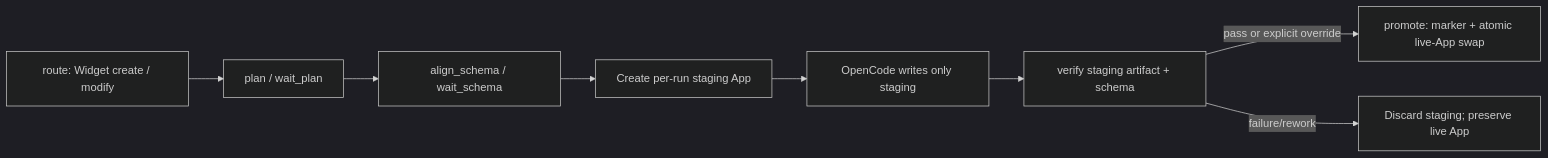
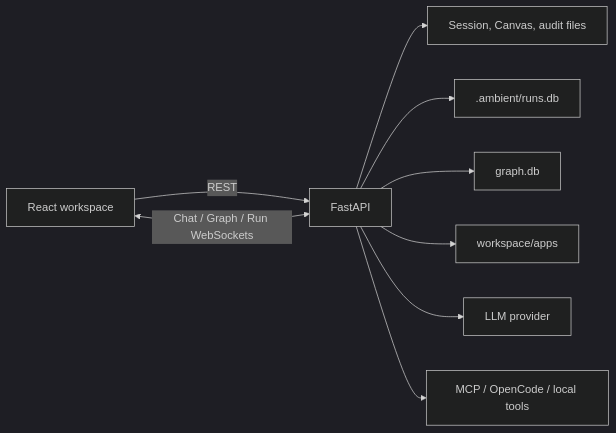
Before and after one commit to BillShiyaoZhang/ambient-agent: the diagram in docs/en/architecture/overview.md, drawn with Mermaid (dark theme). The commit also changed other lines of this file and 36 other files, not shown here.

````diff
--- a/docs/en/architecture/overview.md
+++ b/docs/en/architecture/overview.md
@@ -96,10 +5,11 @@
 ```mermaid
 flowchart LR
-    Intent[route: Widget create / modify] --> Plan[plan / wait_plan]
-    Plan --> Schema[align_schema / wait_schema]
-    Schema --> Stage[Create per-run staging App]
-    Stage --> ACP[OpenCode writes only staging]
-    ACP --> Verify[verify staging artifact + schema]
-    Verify -->|pass or explicit override| Promote[promote: marker + atomic live-App swap]
-    Verify -->|failure/rework| Preserve[Discard staging; preserve live App]
+    Browser[React workspace] -->|REST| API[FastAPI]
+    Browser <-->|Chat / Graph / Run WebSockets| API
+    API --> Workspace[Session, Canvas, audit files]
+    API --> RunStore[.ambient/runs.db]
+    API --> Graph[graph.db]
+    API --> Apps[workspace/apps]
+    API --> LLM[LLM provider]
+    API --> External[MCP / OpenCode / local tools]
 ```
````
